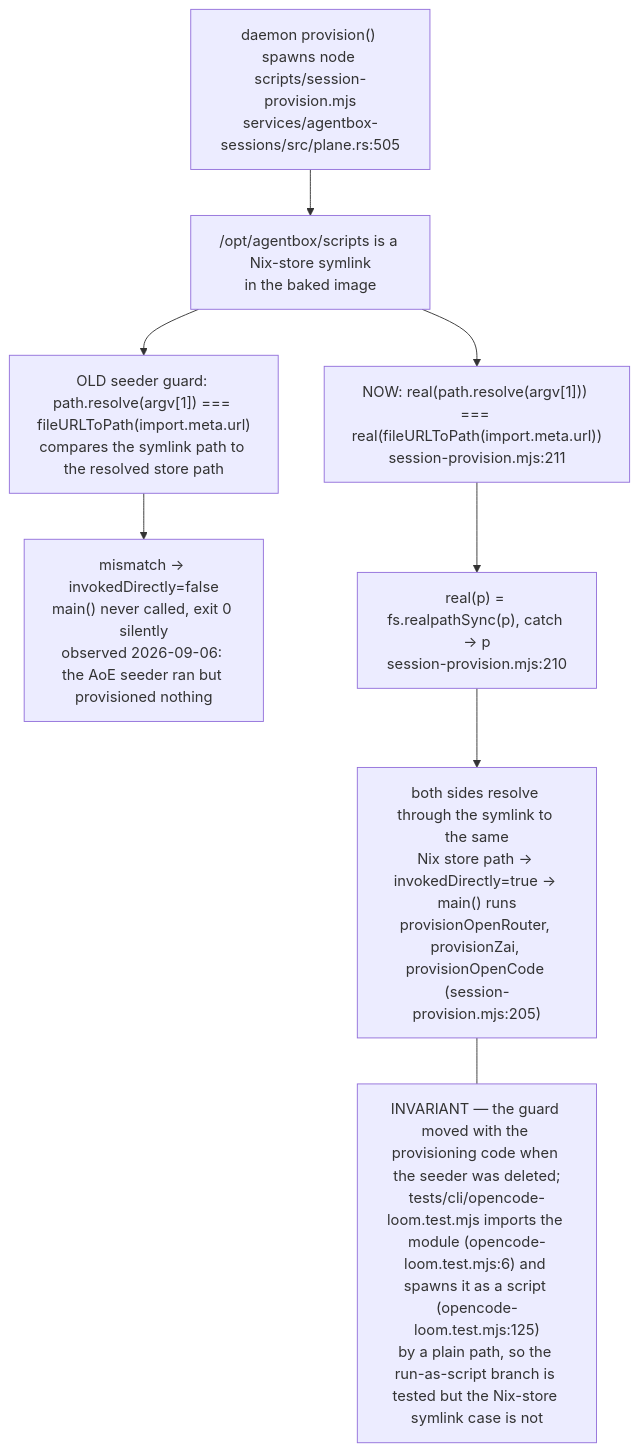
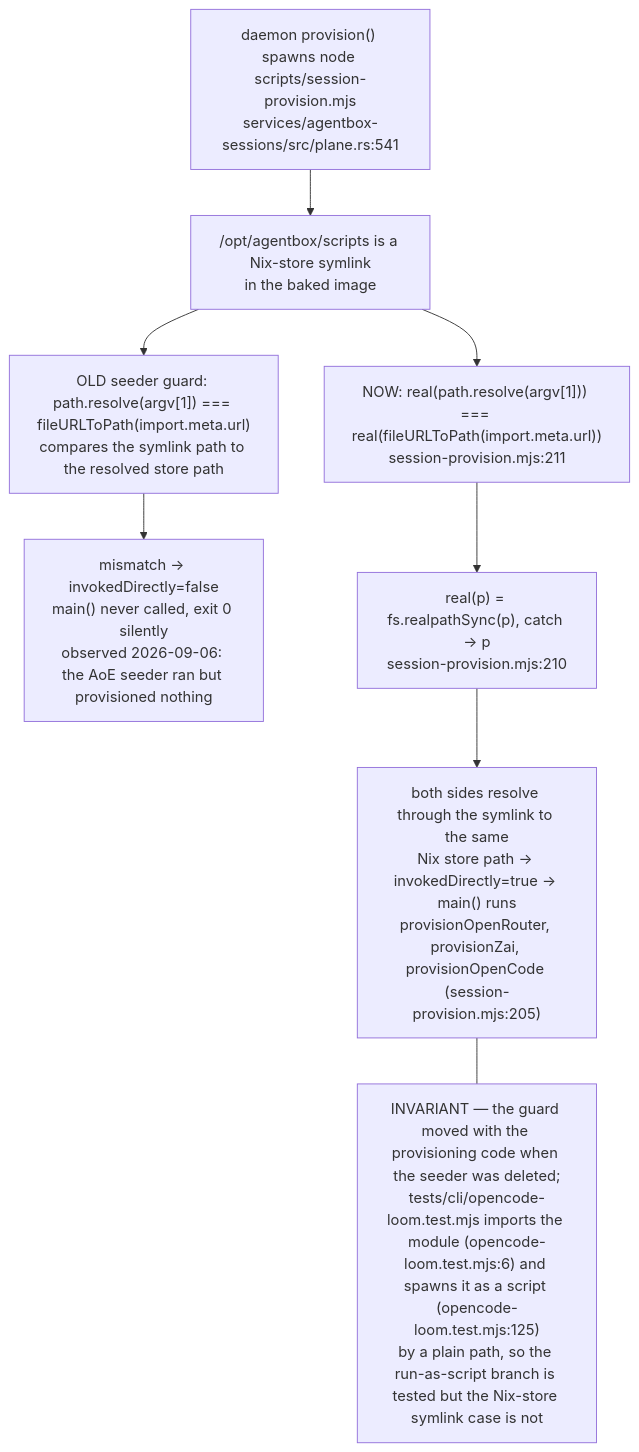
Diagram 17 of 21 in docs/diagrams/agentbox/02-boot-sequence-and-readiness.md (DreamLab-AI/VisionFlow), drawn with Mermaid before and after one commit. The commit also changed other lines of this file and 6 other files, not shown here.

First line of the commit message:
docs: align native session and ingress diagrams (#39)

````diff
--- a/docs/diagrams/agentbox/02-boot-sequence-and-readiness.md
+++ b/docs/diagrams/agentbox/02-boot-sequence-and-readiness.md
@@ -721,17 +726,17 @@
 ```mermaid
 flowchart TB
-    ENTRY["daemon provision() spawns node scripts/session-provision.mjs<br/>services/agentbox-sessions/src/plane.rs:505"]
+    ENTRY["daemon provision() spawns node scripts/session-provision.mjs<br/>services/agentbox-sessions/src/plane.rs:541"]
     SYMLINK["/opt/agentbox/scripts is a Nix-store symlink<br/>in the baked image"]
     OLDCHECK["OLD seeder guard: path.resolve(argv[1]) === fileURLToPath(import.meta.url)<br/>compares the symlink path to the resolved store path"]
     OLDRESULT["mismatch -&gt; invokedDirectly=false<br/>main() never called, exit 0 silently<br/>observed 2026-09-06: the AoE seeder ran but provisioned nothing"]
     NEWCHECK["NOW: real(path.resolve(argv[1])) === real(fileURLToPath(import.meta.url))<br/>session-provision.mjs:211"]
     REALPATHOR["real(p) = fs.realpathSync(p), catch -&gt; p<br/>session-provision.mjs:210"]
     NEWRESULT["both sides resolve through the symlink to the same<br/>Nix store path -&gt; invokedDirectly=true -&gt; main() runs<br/>provisionOpenRouter, provisionZai, provisionOpenCode (session-provision.mjs:205)"]
 
     ENTRY --> SYMLINK --> OLDCHECK --> OLDRESULT
     SYMLINK --> NEWCHECK
     NEWCHECK --> REALPATHOR --> NEWRESULT
 
     NOTE1["INVARIANT — the guard moved with the provisioning code when the seeder was deleted;<br/>tests/cli/opencode-loom.test.mjs imports the module (opencode-loom.test.mjs:6) and spawns it as a script (opencode-loom.test.mjs:125)<br/>by a plain path, so the run-as-script branch is tested but the Nix-store symlink case is not"]
     NEWRESULT --- NOTE1
 ```
````
